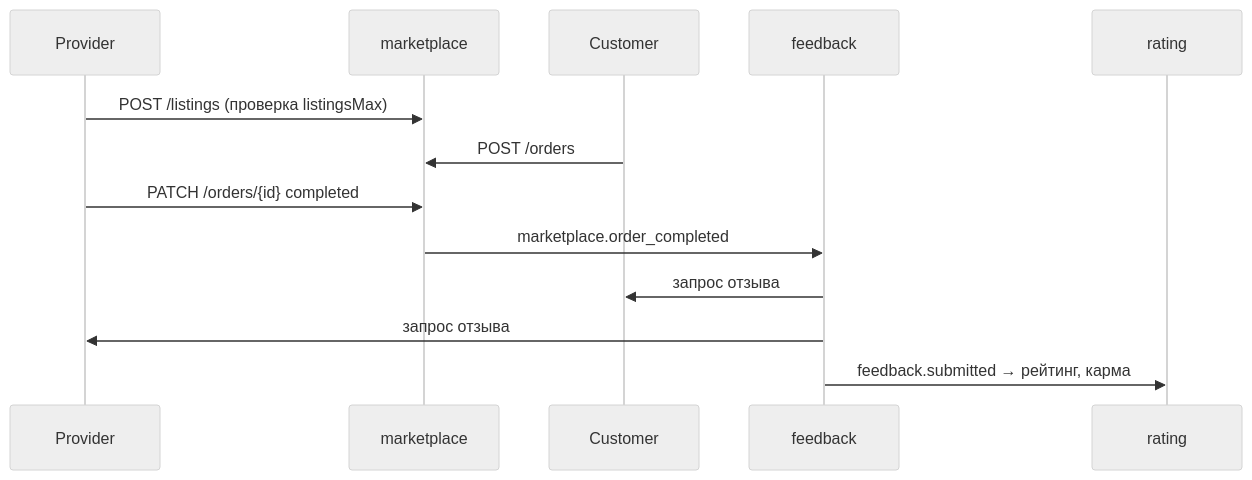
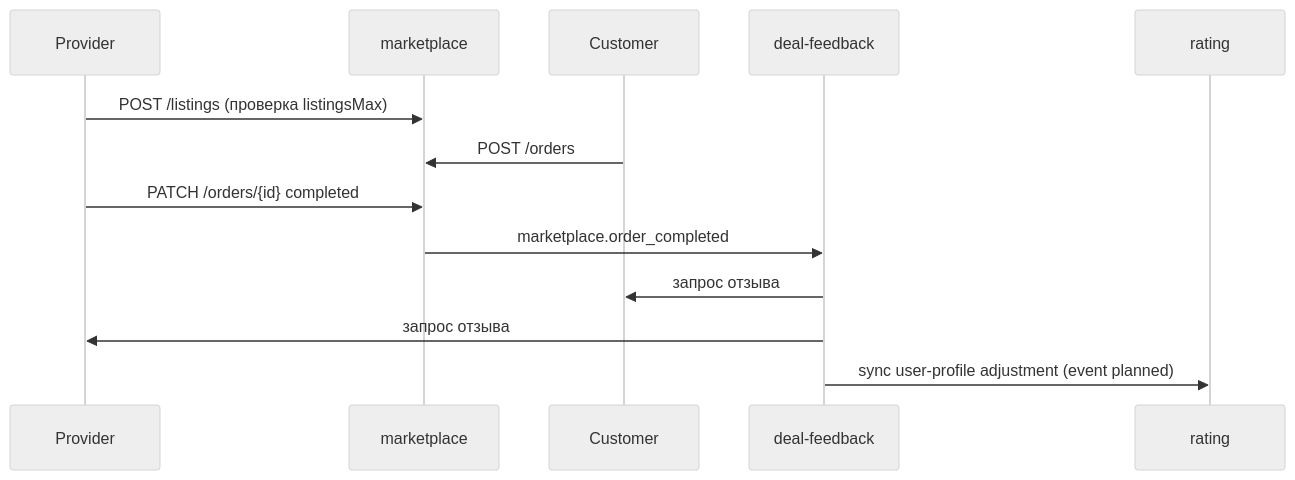
The diagram in docs/05-microservices/marketplace/README.md (andrewb76/tavrida), drawn with Mermaid (neutral theme) before and after one commit. The commit also changed other lines of this file and 233 other files, not shown here.

````diff
--- a/docs/05-microservices/marketplace/README.md
+++ b/docs/05-microservices/marketplace/README.md
@@ -47,16 +47,16 @@
 ```mermaid
 sequenceDiagram
     participant P as Provider
     participant M as marketplace
     participant C as Customer
-    participant F as feedback
+    participant F as deal-feedback
     participant R as rating
 
     P->>M: POST /listings (проверка listingsMax)
     C->>M: POST /orders
     P->>M: PATCH /orders/{id} completed
     M->>F: marketplace.order_completed
     F->>C: запрос отзыва
     F->>P: запрос отзыва
-    F->>R: feedback.submitted → рейтинг, карма
+    F->>R: sync user-profile adjustment (event planned)
 ```
````
